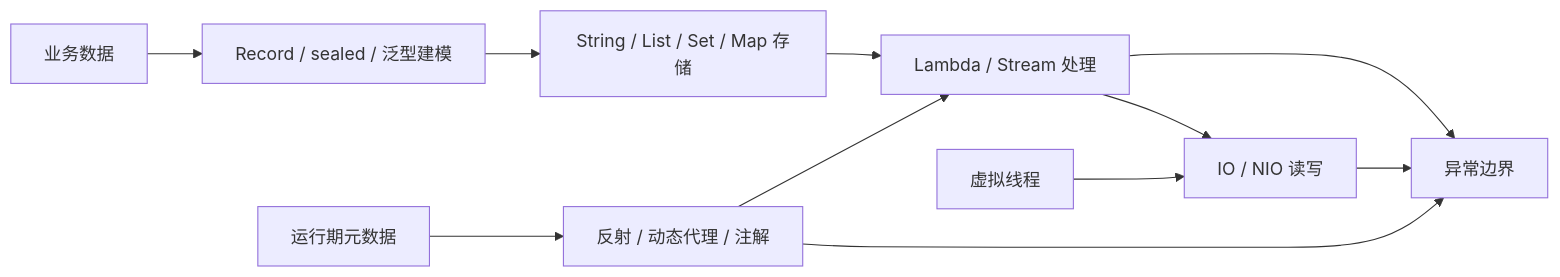
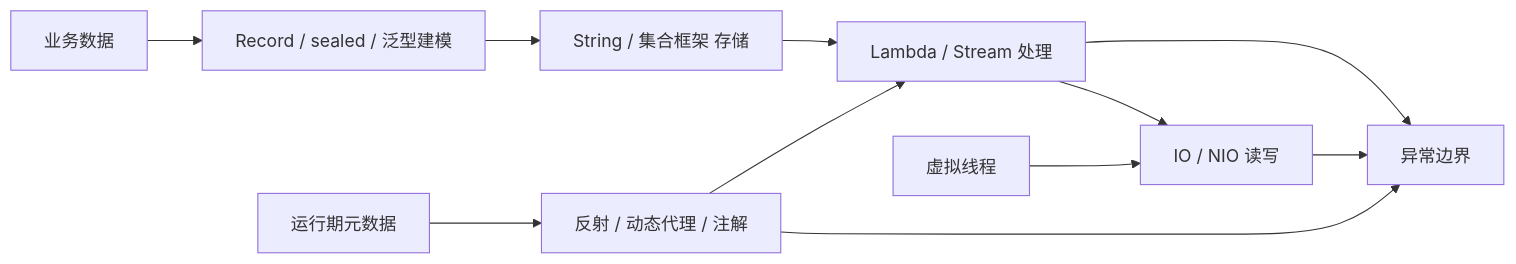
The diagram in 20-Java后端/01-Java核心/99-本章总结与复习.md (GuoWWWX/knowledge-base), drawn with Mermaid before and after one commit. The commit also changed other lines of this file and 21 other files, not shown here.

````diff
--- a/20-Java后端/01-Java核心/99-本章总结与复习.md
+++ b/20-Java后端/01-Java核心/99-本章总结与复习.md
@@ -37,13 +41,13 @@
 ```mermaid
 flowchart LR
   A["业务数据"] --> B["Record / sealed / 泛型建模"]
-  B --> C["String / List / Set / Map 存储"]
+  B --> C["String / 集合框架 存储"]
   C --> D["Lambda / Stream 处理"]
   D --> E["IO / NIO 读写"]
   F["运行期元数据"] --> G["反射 / 动态代理 / 注解"]
   G --> D
   H["虚拟线程"] --> E
   D --> I["异常边界"]
   E --> I
   G --> I
 ```
````
